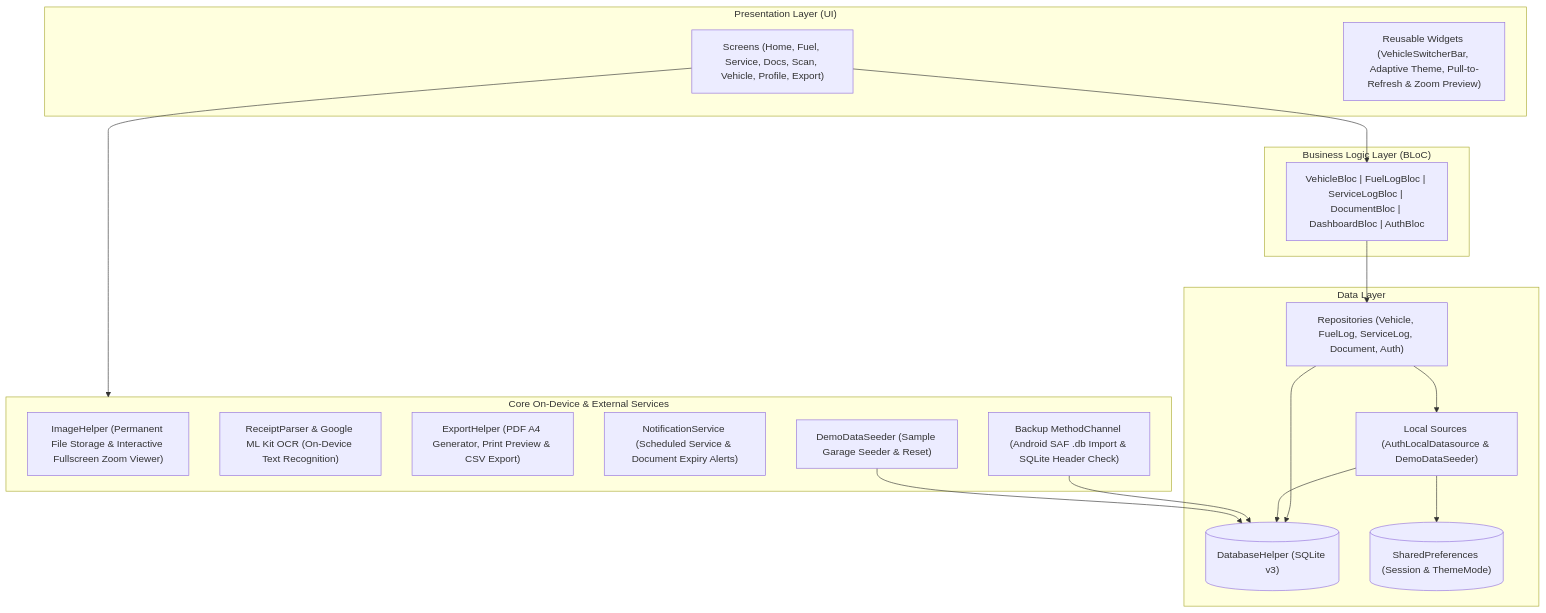
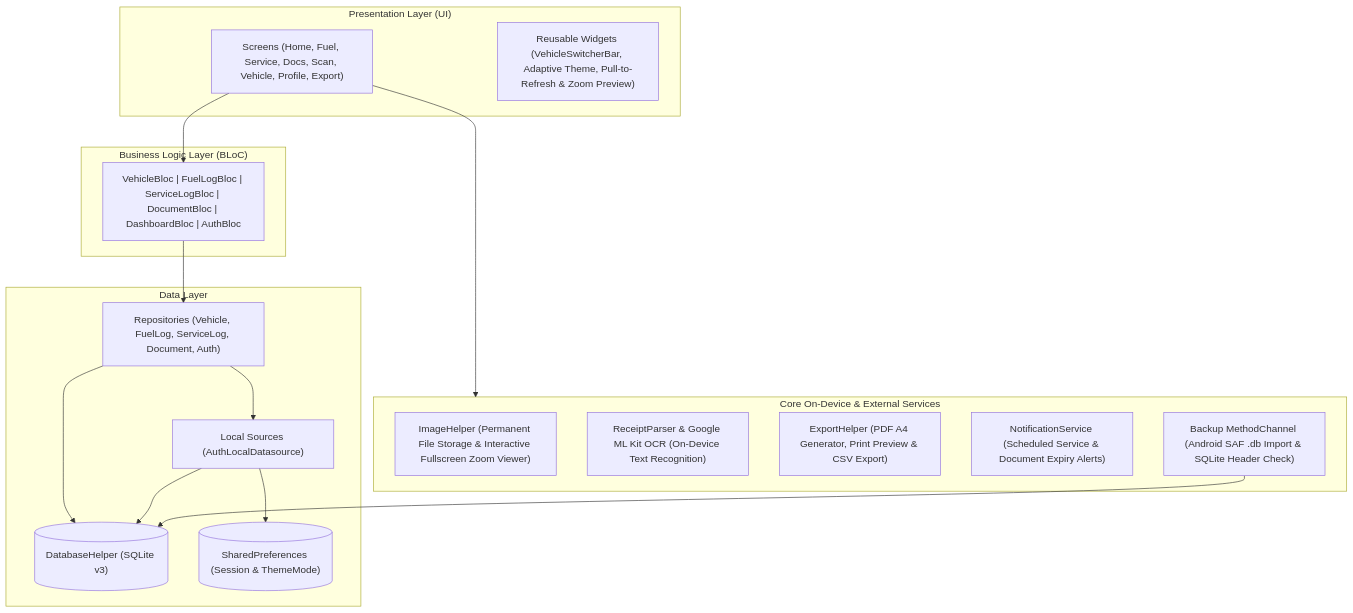
The first of 2 diagrams in README.md (sukr02k/PlatKU), drawn with Mermaid before and after one commit. The commit also changed other lines of this file and 150 other files, not shown here.

````diff
--- a/README.md
+++ b/README.md
@@ -79,37 +79,35 @@
 ```mermaid
 flowchart TD
     subgraph Presentation["Presentation Layer (UI)"]
         Screens["Screens (Home, Fuel, Service, Docs, Scan, Vehicle, Profile, Export)"]
         Widgets["Reusable Widgets (VehicleSwitcherBar, Adaptive Theme, Pull-to-Refresh & Zoom Preview)"]
     end
 
     subgraph Logic["Business Logic Layer (BLoC)"]
         Blocs["VehicleBloc | FuelLogBloc | ServiceLogBloc | DocumentBloc | DashboardBloc | AuthBloc"]
     end
 
     subgraph CoreServices["Core On-Device & External Services"]
         ImgHelper["ImageHelper (Permanent File Storage & Interactive Fullscreen Zoom Viewer)"]
         OCR["ReceiptParser & Google ML Kit OCR (On-Device Text Recognition)"]
         Export["ExportHelper (PDF A4 Generator, Print Preview & CSV Export)"]
         Notif["NotificationService (Scheduled Service & Document Expiry Alerts)"]
         SAF["Backup MethodChannel (Android SAF .db Import & SQLite Header Check)"]
-        Demo["DemoDataSeeder (Sample Garage Seeder & Reset)"]
     end
 
     subgraph Data["Data Layer"]
         Repos["Repositories (Vehicle, FuelLog, ServiceLog, Document, Auth)"]
-        Local["Local Sources (AuthLocalDatasource & DemoDataSeeder)"]
+        Local["Local Sources (AuthLocalDatasource)"]
         DB[("DatabaseHelper (SQLite v3)")]
         Prefs[("SharedPreferences (Session & ThemeMode)")]
     end
 
     Screens --> Blocs
     Blocs --> Repos
     Screens --> CoreServices
     Repos --> DB
     Repos --> Local
     Local --> DB
     Local --> Prefs
     SAF --> DB
-    Demo --> DB
 ```
````
